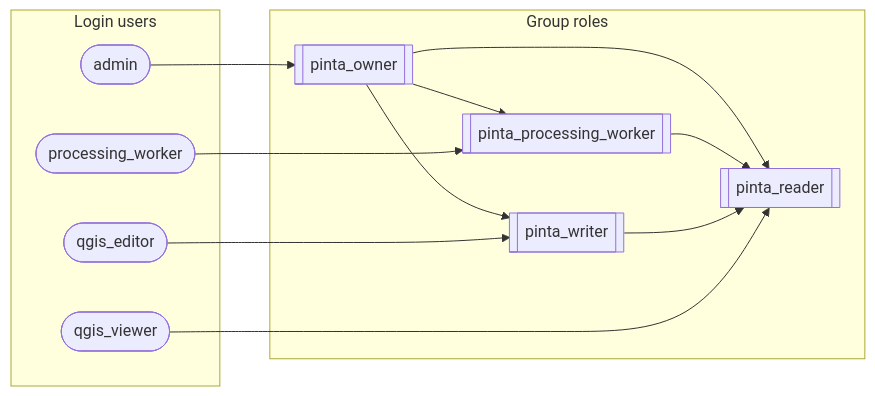
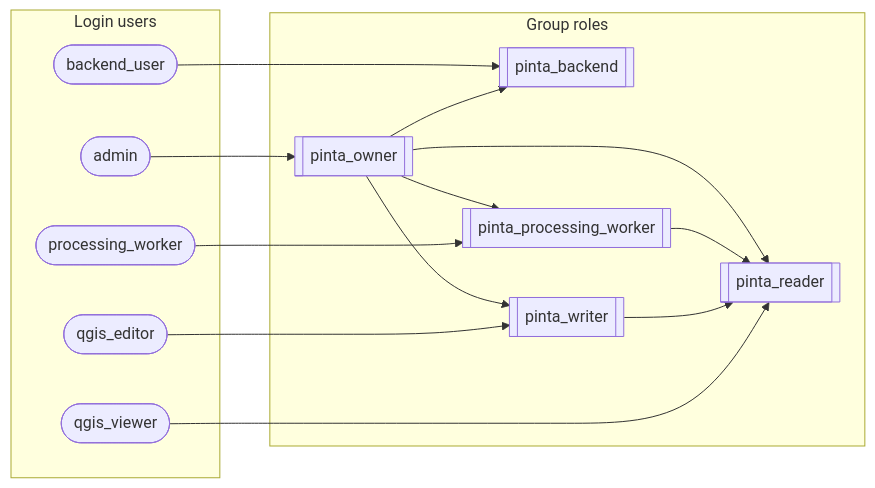
Before and after one commit to nlsfi/pinta: the diagram in components/db/docs/primary_db/roles.md, drawn with Mermaid. The commit also changed other lines of this file, not shown here.

Commit message:
chore(db): regenerate tbls documentation

````diff
--- a/components/db/docs/primary_db/roles.md
+++ b/components/db/docs/primary_db/roles.md
@@ -5,24 +5,28 @@
 ```mermaid
 flowchart LR
     subgraph groups [Group roles]
+        pinta_backend[["pinta_backend"]]
         pinta_owner[["pinta_owner"]]
         pinta_processing_worker[["pinta_processing_worker"]]
         pinta_reader[["pinta_reader"]]
         pinta_writer[["pinta_writer"]]
     end
     subgraph users [Login users]
         admin(["admin"])
+        backend_user(["backend_user"])
         processing_worker(["processing_worker"])
         qgis_editor(["qgis_editor"])
         qgis_viewer(["qgis_viewer"])
     end
     admin --> pinta_owner
+    backend_user --> pinta_backend
+    pinta_owner --> pinta_backend
     pinta_owner --> pinta_processing_worker
     pinta_owner --> pinta_reader
     pinta_owner --> pinta_writer
     pinta_processing_worker --> pinta_reader
     pinta_writer --> pinta_reader
     processing_worker --> pinta_processing_worker
     qgis_editor --> pinta_writer
     qgis_viewer --> pinta_reader
 ```
````
